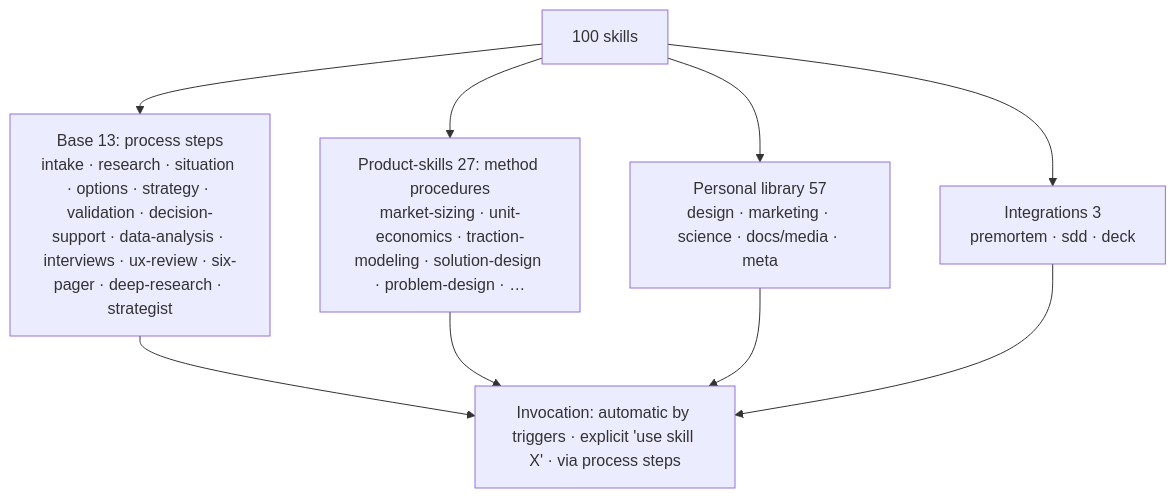
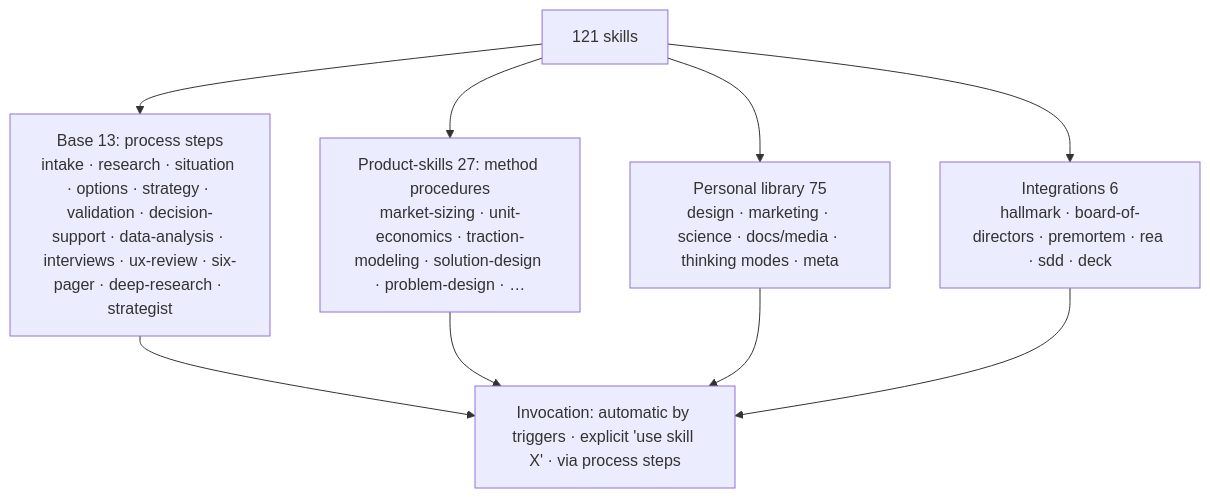
One commit to Fighter90/product-factory-strategist changed the third of 4 diagrams in README_EN.md. Above: the diagram before and after it, drawn with Mermaid. The commit also changed other lines of this file and 372 other files, not shown here.

````diff
--- a/README_EN.md
+++ b/README_EN.md
@@ -155,8 +155,8 @@
 ```mermaid
 flowchart TB
-  SK["100 skills"] --> B["Base 13: process steps<br/>intake · research · situation · options · strategy · validation · decision-support · data-analysis · interviews · ux-review · six-pager · deep-research · strategist"]
+  SK["121 skills"] --> B["Base 13: process steps<br/>intake · research · situation · options · strategy · validation · decision-support · data-analysis · interviews · ux-review · six-pager · deep-research · strategist"]
   SK --> P["Product-skills 27: method procedures<br/>market-sizing · unit-economics · traction-modeling · solution-design · problem-design · …"]
-  SK --> L["Personal library 57<br/>design · marketing · science · docs/media · meta"]
-  SK --> INT["Integrations 3<br/>premortem · sdd · deck"]
+  SK --> L["Personal library 75<br/>design · marketing · science · docs/media · thinking modes · meta"]
+  SK --> INT["Integrations 6<br/>hallmark · board-of-directors · premortem · rea · sdd · deck"]
   B & P & L & INT --> INV["Invocation: automatic by triggers · explicit 'use skill X' · via process steps"]
 ```
````
